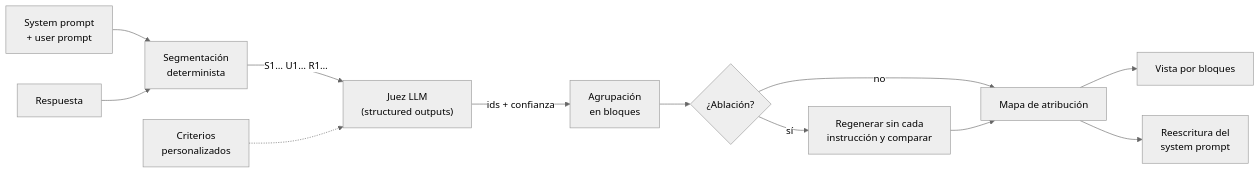
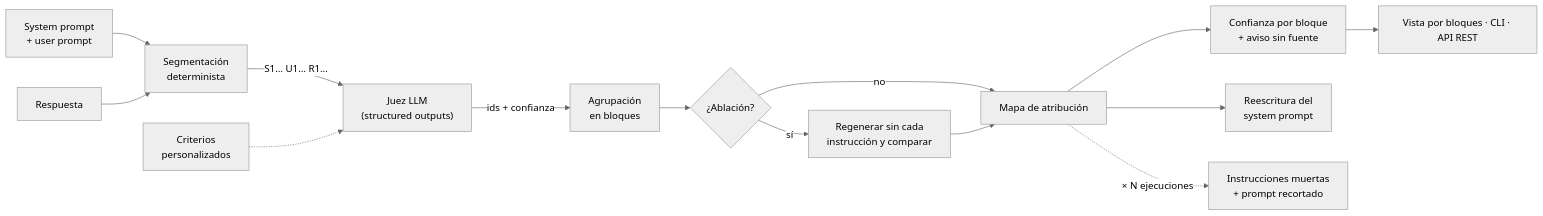
One commit to marcobd3/PromptBlame changed the diagram in README.es.md. Above: the diagram before and after it, drawn with Mermaid (neutral theme). The commit also changed other lines of this file and 9 other files, not shown here.

````diff
--- a/README.es.md
+++ b/README.es.md
@@ -318,14 +333,16 @@
 ```mermaid
 flowchart LR
     P["System prompt<br/>+ user prompt"] --> SEG["Segmentación<br/>determinista"]
     R["Respuesta"] --> SEG
     SEG -->|"S1… U1… R1…"| J["Juez LLM<br/>(structured outputs)"]
     C["Criterios<br/>personalizados"] -.-> J
     J -->|"ids + confianza"| B["Agrupación<br/>en bloques"]
     B --> A{"¿Ablación?"}
     A -->|sí| V["Regenerar sin cada<br/>instrucción y comparar"]
     A -->|no| M["Mapa de atribución"]
     V --> M
-    M --> UI["Vista por bloques"]
+    M --> CF["Confianza por bloque<br/>+ aviso sin fuente"]
+    CF --> UI["Vista por bloques · CLI · API REST"]
     M --> RW["Reescritura del<br/>system prompt"]
+    M -.->|"× N ejecuciones"| D["Instrucciones muertas<br/>+ prompt recortado"]
 ```
````
